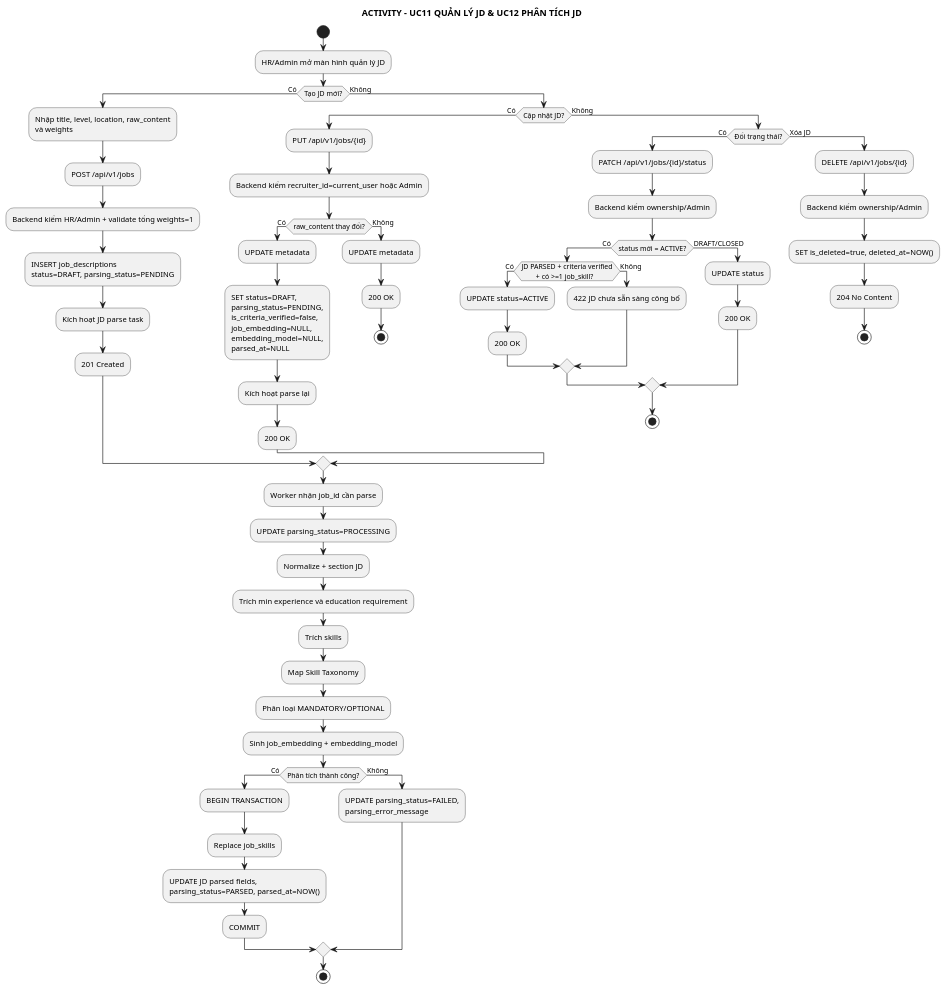
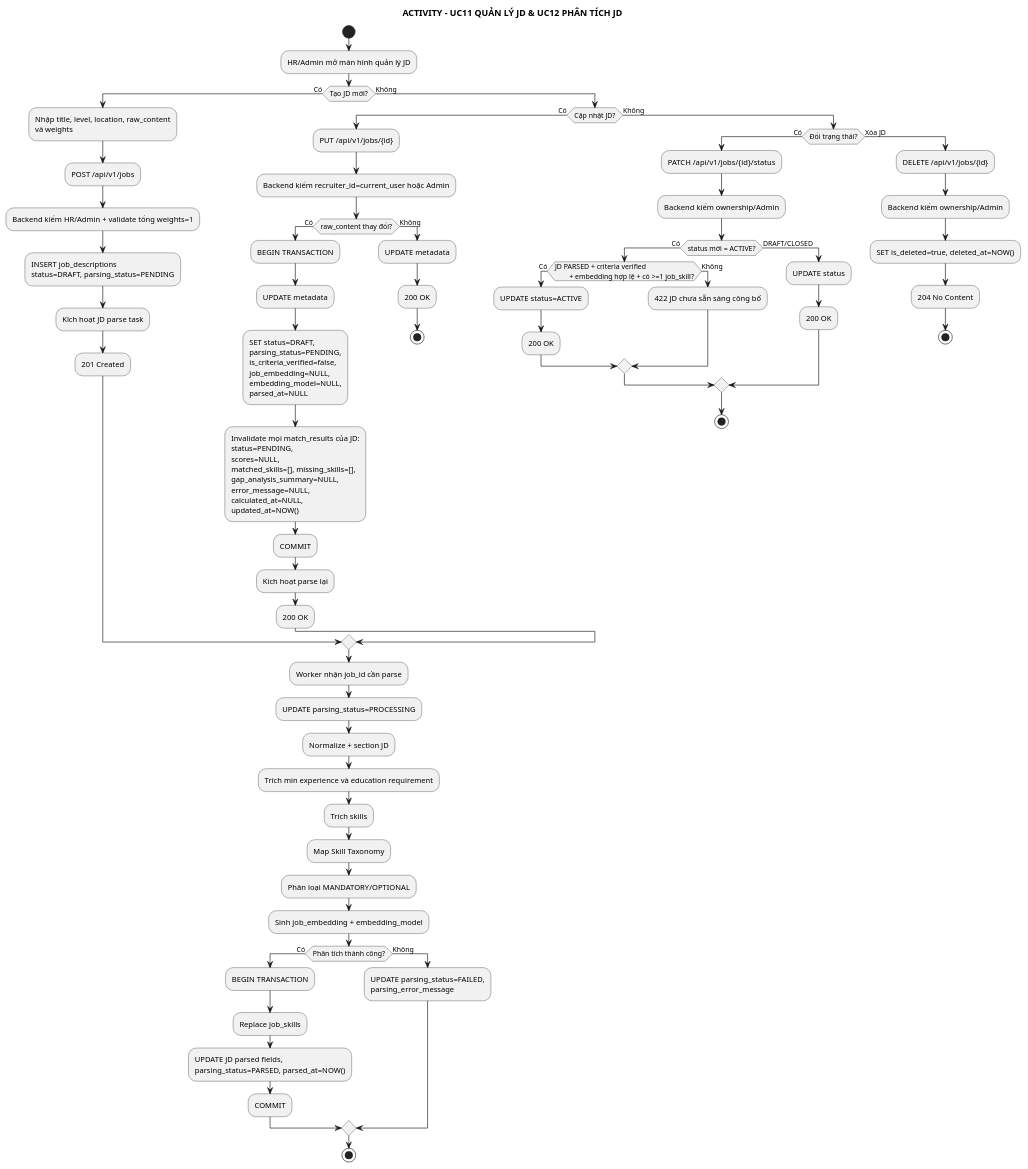
The diagram in docs/03_activity/act_uc11_12_manage_parse_jd.puml (anh632k-ui/WebCVUngVienTuyenDung), drawn with PlantUML before and after one commit.

Commit message:
fix(pttk): invalidate matches when JD content changes

```diff
--- a/docs/03_activity/act_uc11_12_manage_parse_jd.puml
+++ b/docs/03_activity/act_uc11_12_manage_parse_jd.puml
@@ -1,84 +1,94 @@
 @startuml
 skinparam monochrome true
 skinparam shadowing false
 
 title ACTIVITY - UC11 QUẢN LÝ JD & UC12 PHÂN TÍCH JD
 
 start
 :HR/Admin mở màn hình quản lý JD;
 
 if (Tạo JD mới?) then (Có)
   :Nhập title, level, location, raw_content
   và weights;
   :POST /api/v1/jobs;
   :Backend kiểm HR/Admin + validate tổng weights=1;
   :INSERT job_descriptions
   status=DRAFT, parsing_status=PENDING;
   :Kích hoạt JD parse task;
   :201 Created;
 else (Không)
   if (Cập nhật JD?) then (Có)
     :PUT /api/v1/jobs/{id};
     :Backend kiểm recruiter_id=current_user hoặc Admin;
     if (raw_content thay đổi?) then (Có)
+      :BEGIN TRANSACTION;
       :UPDATE metadata;
       :SET status=DRAFT,
       parsing_status=PENDING,
       is_criteria_verified=false,
       job_embedding=NULL,
       embedding_model=NULL,
       parsed_at=NULL;
+      :Invalidate mọi match_results của JD:
+      status=PENDING,
+      scores=NULL,
+      matched_skills=[], missing_skills=[],
+      gap_analysis_summary=NULL,
+      error_message=NULL,
+      calculated_at=NULL,
+      updated_at=NOW();
+      :COMMIT;
       :Kích hoạt parse lại;
       :200 OK;
     else (Không)
       :UPDATE metadata;
       :200 OK;
       stop
     endif
   else (Không)
     if (Đổi trạng thái?) then (Có)
       :PATCH /api/v1/jobs/{id}/status;
       :Backend kiểm ownership/Admin;
       if (status mới = ACTIVE?) then (Có)
         if (JD PARSED + criteria verified
-        + có >=1 job_skill?) then (Có)
+        + embedding hợp lệ + có >=1 job_skill?) then (Có)
           :UPDATE status=ACTIVE;
           :200 OK;
         else (Không)
           :422 JD chưa sẵn sàng công bố;
         endif
       else (DRAFT/CLOSED)
         :UPDATE status;
         :200 OK;
       endif
       stop
     else (Xóa JD)
       :DELETE /api/v1/jobs/{id};
       :Backend kiểm ownership/Admin;
       :SET is_deleted=true, deleted_at=NOW();
       :204 No Content;
       stop
     endif
   endif
 endif
 
 :Worker nhận job_id cần parse;
 :UPDATE parsing_status=PROCESSING;
 :Normalize + section JD;
 :Trích min experience và education requirement;
 :Trích skills;
 :Map Skill Taxonomy;
 :Phân loại MANDATORY/OPTIONAL;
 :Sinh job_embedding + embedding_model;
 if (Phân tích thành công?) then (Có)
   :BEGIN TRANSACTION;
   :Replace job_skills;
   :UPDATE JD parsed fields,
   parsing_status=PARSED, parsed_at=NOW();
   :COMMIT;
 else (Không)
   :UPDATE parsing_status=FAILED,
   parsing_error_message;
 endif
 stop
 @enduml
```
